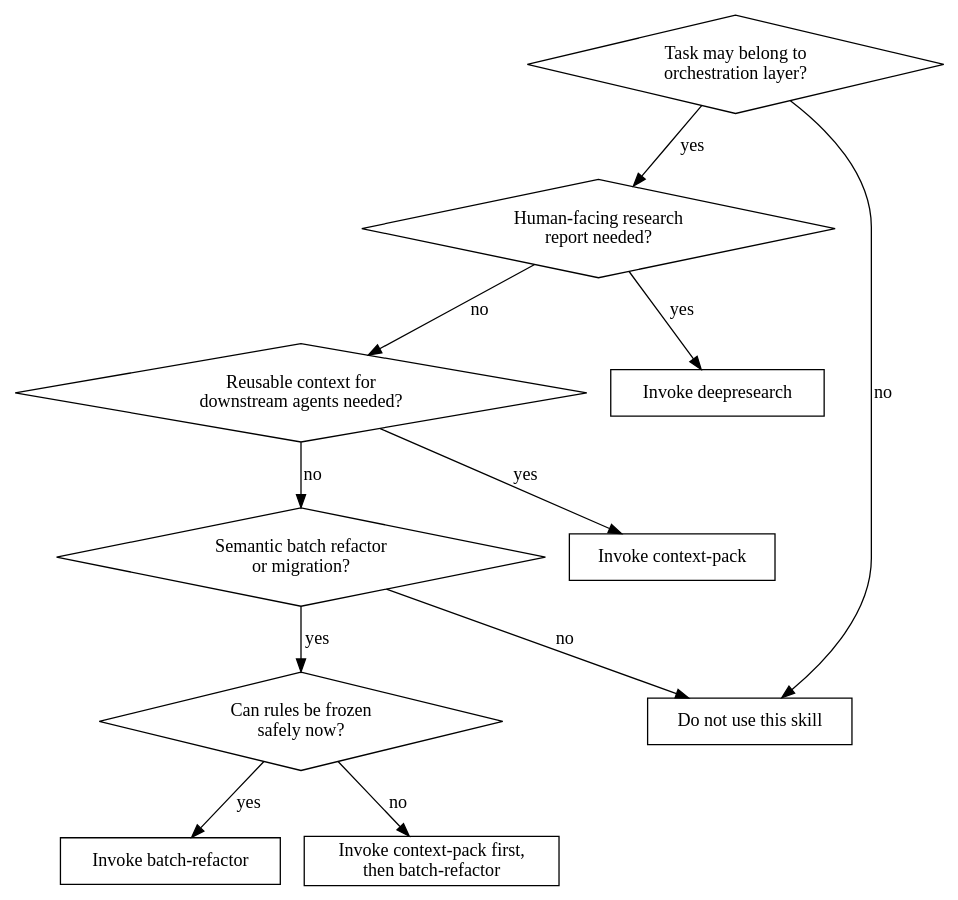
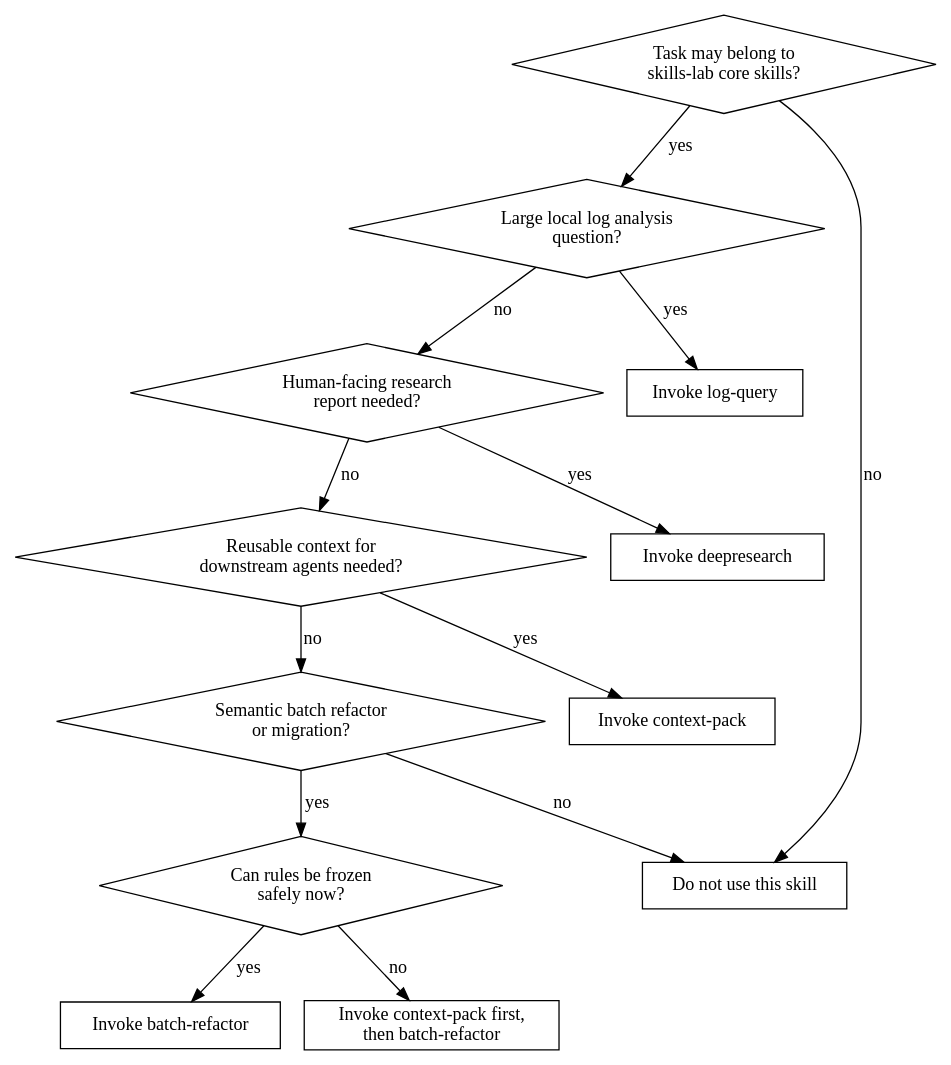
The diagram in skills/using-easywork/SKILL.md (caikiji/skills-lab), drawn with Graphviz before and after one commit. The commit also changed other lines of this file and 1 other file, not shown here.

````diff
--- a/skills/using-easywork/SKILL.md
+++ b/skills/using-easywork/SKILL.md
@@ -32,25 +36,29 @@
 ```dot
 digraph orchestration_router {
-    "Task may belong to\norchestration layer?" [shape=diamond];
+    "Task may belong to\nskills-lab core skills?" [shape=diamond];
+    "Large local log analysis\nquestion?" [shape=diamond];
     "Human-facing research\nreport needed?" [shape=diamond];
     "Reusable context for\ndownstream agents needed?" [shape=diamond];
     "Semantic batch refactor\nor migration?" [shape=diamond];
     "Can rules be frozen\nsafely now?" [shape=diamond];
+    "Invoke log-query" [shape=box];
     "Invoke deepresearch" [shape=box];
     "Invoke context-pack" [shape=box];
     "Invoke batch-refactor" [shape=box];
     "Invoke context-pack first,\nthen batch-refactor" [shape=box];
     "Do not use this skill" [shape=box];
 
-    "Task may belong to\norchestration layer?" -> "Human-facing research\nreport needed?" [label="yes"];
-    "Task may belong to\norchestration layer?" -> "Do not use this skill" [label="no"];
+    "Task may belong to\nskills-lab core skills?" -> "Large local log analysis\nquestion?" [label="yes"];
+    "Task may belong to\nskills-lab core skills?" -> "Do not use this skill" [label="no"];
+    "Large local log analysis\nquestion?" -> "Invoke log-query" [label="yes"];
+    "Large local log analysis\nquestion?" -> "Human-facing research\nreport needed?" [label="no"];
     "Human-facing research\nreport needed?" -> "Invoke deepresearch" [label="yes"];
     "Human-facing research\nreport needed?" -> "Reusable context for\ndownstream agents needed?" [label="no"];
     "Reusable context for\ndownstream agents needed?" -> "Invoke context-pack" [label="yes"];
     "Reusable context for\ndownstream agents needed?" -> "Semantic batch refactor\nor migration?" [label="no"];
     "Semantic batch refactor\nor migration?" -> "Can rules be frozen\nsafely now?" [label="yes"];
     "Semantic batch refactor\nor migration?" -> "Do not use this skill" [label="no"];
     "Can rules be frozen\nsafely now?" -> "Invoke batch-refactor" [label="yes"];
     "Can rules be frozen\nsafely now?" -> "Invoke context-pack first,\nthen batch-refactor" [label="no"];
 }
 ```
````
